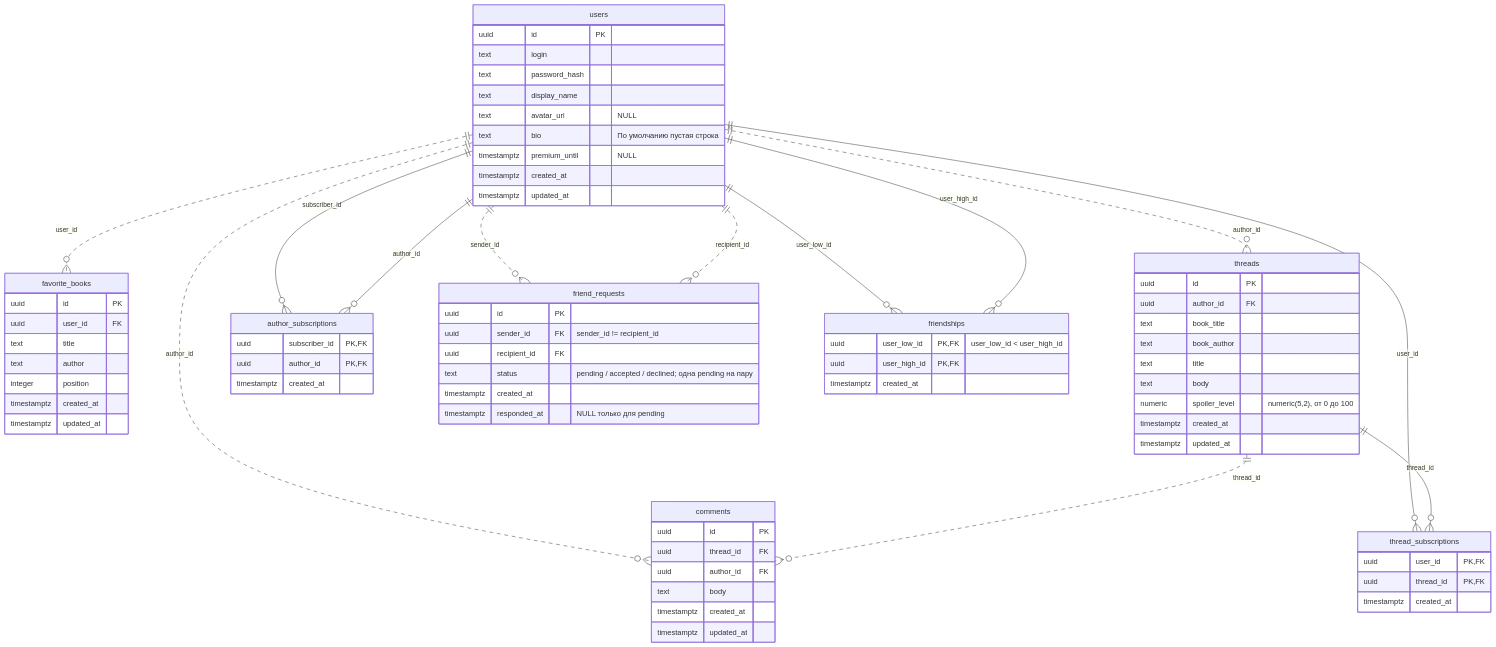
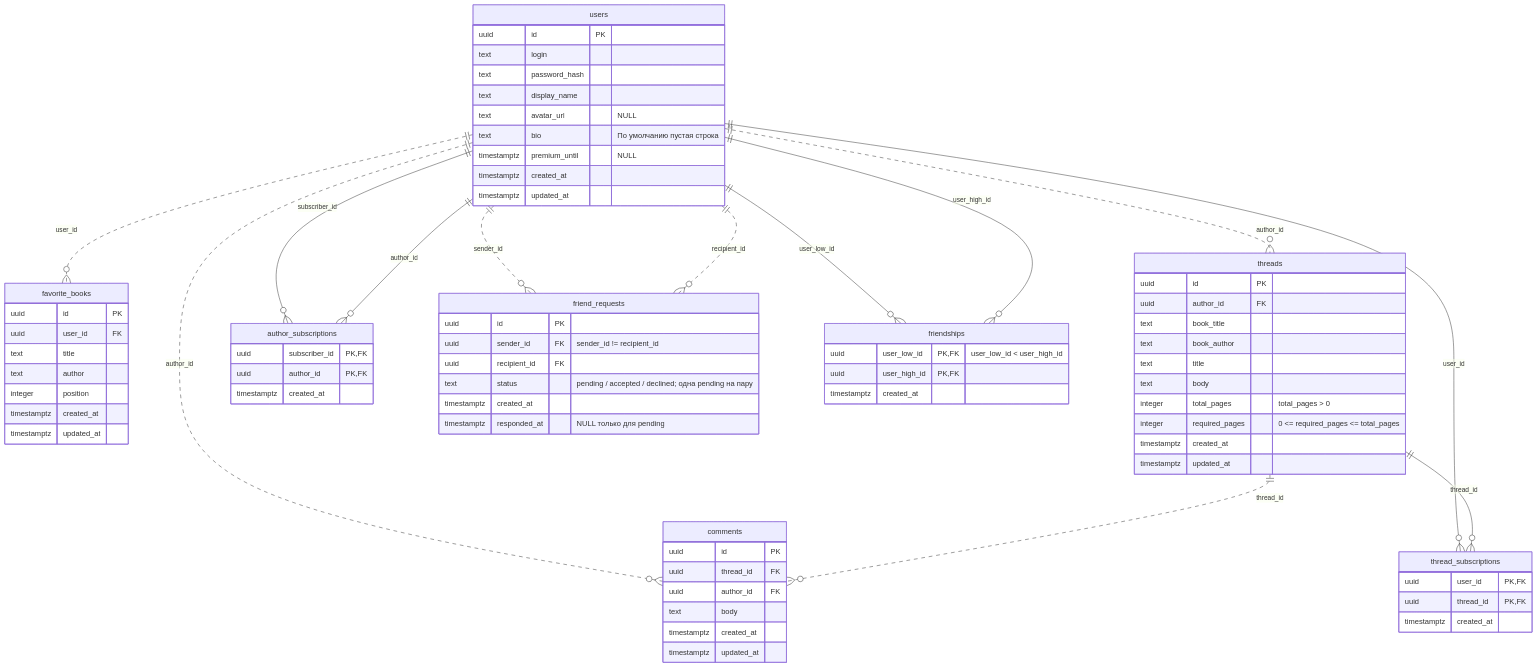
Before and after one commit to AlexeyDimitriev/PageMates: the diagram in docs/database.md, drawn with Mermaid. The commit also changed 4 other files, not shown here.

Commit message:
feat: added 5%-delay to docs, edited spoiler progress in database schema

```diff
--- a/docs/database.md
+++ b/docs/database.md
@@ -31,7 +31,8 @@
         text book_author
         text title
         text body
-        numeric spoiler_level "numeric(5,2), от 0 до 100"
+        integer total_pages "total_pages > 0"
+        integer required_pages "0 <= required_pages <= total_pages"
         timestamptz created_at
         timestamptz updated_at
     }
```
